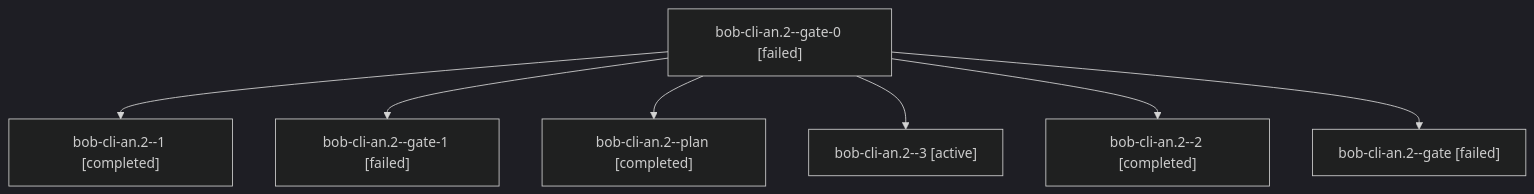
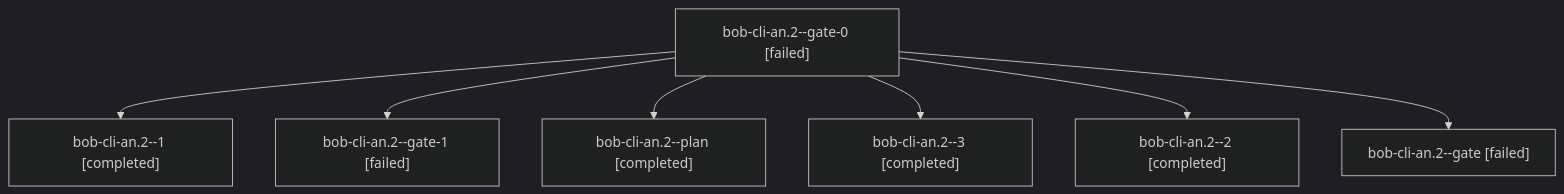
Before and after one commit to bobs-org/bob-cli--agents: the diagram in sessions/bbugyi200.athena.bob-cli-an.2.md, drawn with Mermaid (dark theme). The commit also changed other lines of this file and 54 other files, not shown here.

````diff
--- a/sessions/bbugyi200.athena.bob-cli-an.2.md
+++ b/sessions/bbugyi200.athena.bob-cli-an.2.md
@@ -9,16 +9,16 @@
 ```mermaid
 flowchart TD
   n0["bob-cli-an.2--gate-0 [failed]"]
   n1["bob-cli-an.2--1 [completed]"]
   n0 --> n1
   n2["bob-cli-an.2--gate-1 [failed]"]
   n0 --> n2
   n3["bob-cli-an.2--plan [completed]"]
   n0 --> n3
-  n4["bob-cli-an.2--3 [active]"]
+  n4["bob-cli-an.2--3 [completed]"]
   n0 --> n4
   n5["bob-cli-an.2--2 [completed]"]
   n0 --> n5
   n6["bob-cli-an.2--gate [failed]"]
   n0 --> n6
 ```
````
